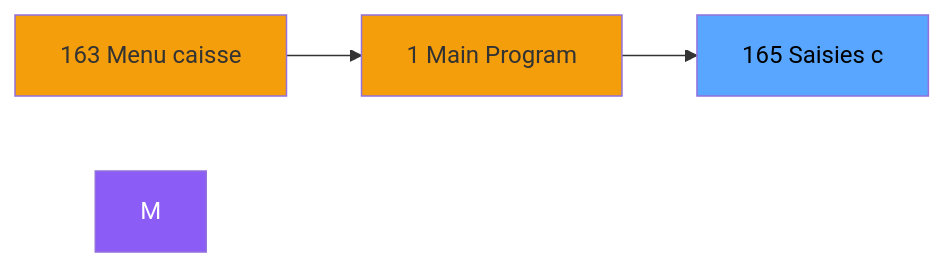
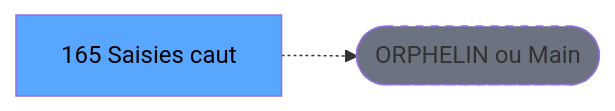
The second of 3 diagrams in .openspec/renders/ADH-IDE-165.md (thonyAGP/lecteur-magic), drawn with Mermaid before and after one commit. The commit also changed other lines of this file and 701 other files, not shown here.

````diff
--- a/.openspec/renders/ADH-IDE-165.md
+++ b/.openspec/renders/ADH-IDE-165.md
@@ -114,12 +119,8 @@
 ```mermaid
 graph LR
-    N163[163 Menu caisse ]
-    N1[1 Main Program]
-    T[165    Saisies c]
-    N163 --> N1
-    N1 --> T
-    style M fill:#8b5cf6,color:#fff
-    style N163 fill:#f59e0b
-    style N1 fill:#f59e0b
+    T[165    Saisies caut]
+    ORPHAN([ORPHELIN ou Main])
+    T -.-> ORPHAN
     style T fill:#58a6ff,color:#000
+    style ORPHAN fill:#6b7280,stroke-dasharray: 5 5
 ```
````
